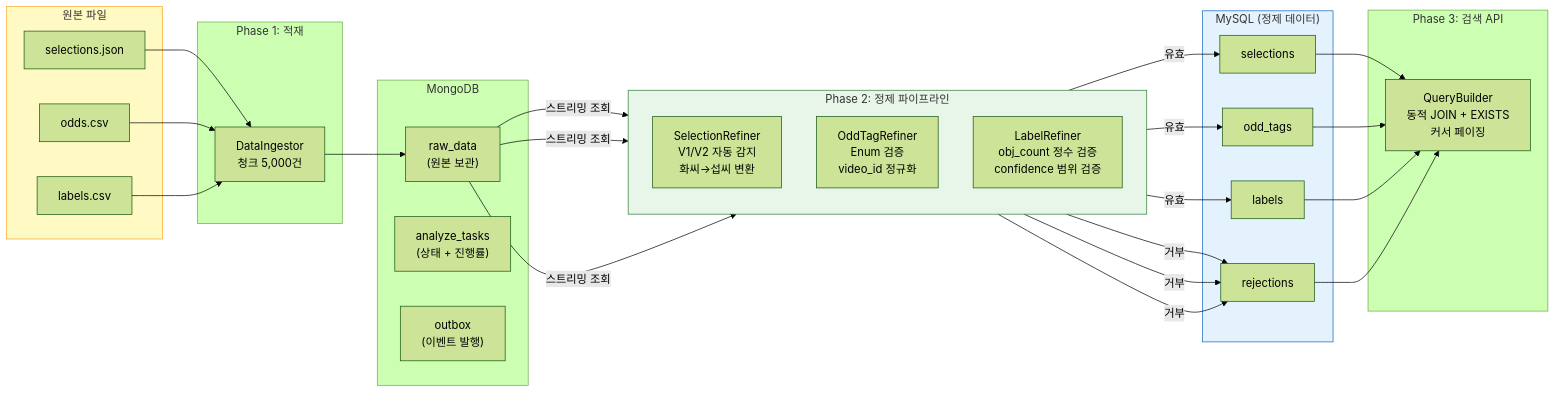
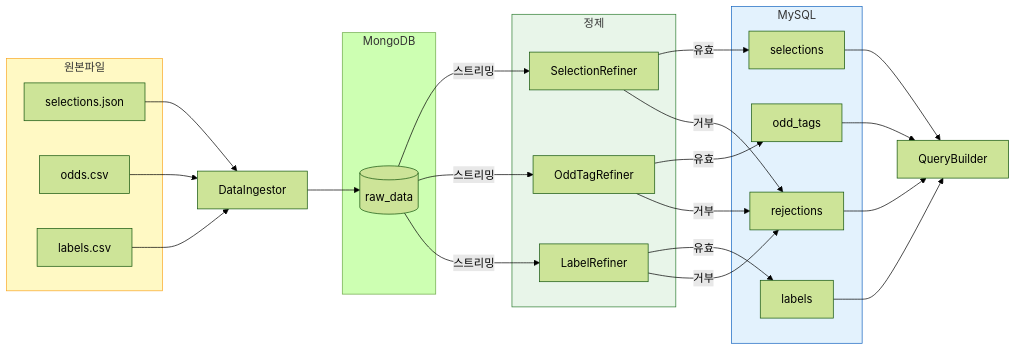
The second of 8 diagrams in docs/architecture.md (ryu-qqq/pipeline-server), drawn with Mermaid (forest theme) before and after one commit. The commit also changed other lines of this file and 10 other files, not shown here.

````diff
--- a/docs/architecture.md
+++ b/docs/architecture.md
@@ -89,49 +104,41 @@
 ```mermaid
 flowchart LR
-    subgraph 원본파일["원본 파일"]
-        F1["selections.json"]
-        F2["odds.csv"]
-        F3["labels.csv"]
+    subgraph 원본파일
+        F1[selections.json]
+        F2[odds.csv]
+        F3[labels.csv]
     end
 
-    subgraph 적재["Phase 1: 적재"]
-        DI["DataIngestor<br/>청크 5,000건"]
+    DI[DataIngestor]
+
+    subgraph MongoDB
+        RAW[(raw_data)]
     end
 
-    subgraph MongoDB
-        RAW["raw_data<br/>(원본 보관)"]
-        TASK["analyze_tasks<br/>(상태 + 진행률)"]
-        OUTBOX["outbox<br/>(이벤트 발행)"]
+    subgraph 정제
+        S[SelectionRefiner]
+        O[OddTagRefiner]
+        L[LabelRefiner]
     end
 
-    subgraph 정제["Phase 2: 정제 파이프라인"]
-        direction TB
-        S["SelectionRefiner<br/>V1/V2 자동 감지<br/>화씨→섭씨 변환"]
-        O["OddTagRefiner<br/>Enum 검증<br/>video_id 정규화"]
-        L["LabelRefiner<br/>obj_count 정수 검증<br/>confidence 범위 검증"]
+    subgraph MySQL
+        T1[selections]
+        T2[odd_tags]
+        T3[labels]
+        T4[rejections]
     end
 
-    subgraph MySQL["MySQL (정제 데이터)"]
-        T1["selections"]
-        T2["odd_tags"]
-        T3["labels"]
-        T4["rejections"]
-    end
-
-    subgraph 검색["Phase 3: 검색 API"]
-        QB["QueryBuilder<br/>동적 JOIN + EXISTS<br/>커서 페이징"]
-    end
+    QB[QueryBuilder]
 
     F1 & F2 & F3 --> DI --> RAW
-    RAW -->|"스트리밍 조회"| S & O & L
-    S -->|"유효"| T1
-    O -->|"유효"| T2
-    L -->|"유효"| T3
-    S & O & L -->|"거부"| T4
-    T1 & T2 & T3 --> QB
-    T4 --> QB
+    RAW -->|스트리밍| S & O & L
+    S -->|유효| T1
+    O -->|유효| T2
+    L -->|유효| T3
+    S & O & L -->|거부| T4
+    T1 & T2 & T3 & T4 --> QB
 
     style 원본파일 fill:#fff9c4,stroke:#f9a825
     style 정제 fill:#e8f5e9,stroke:#2e7d32
     style MySQL fill:#e3f2fd,stroke:#1565c0
 ```
````
